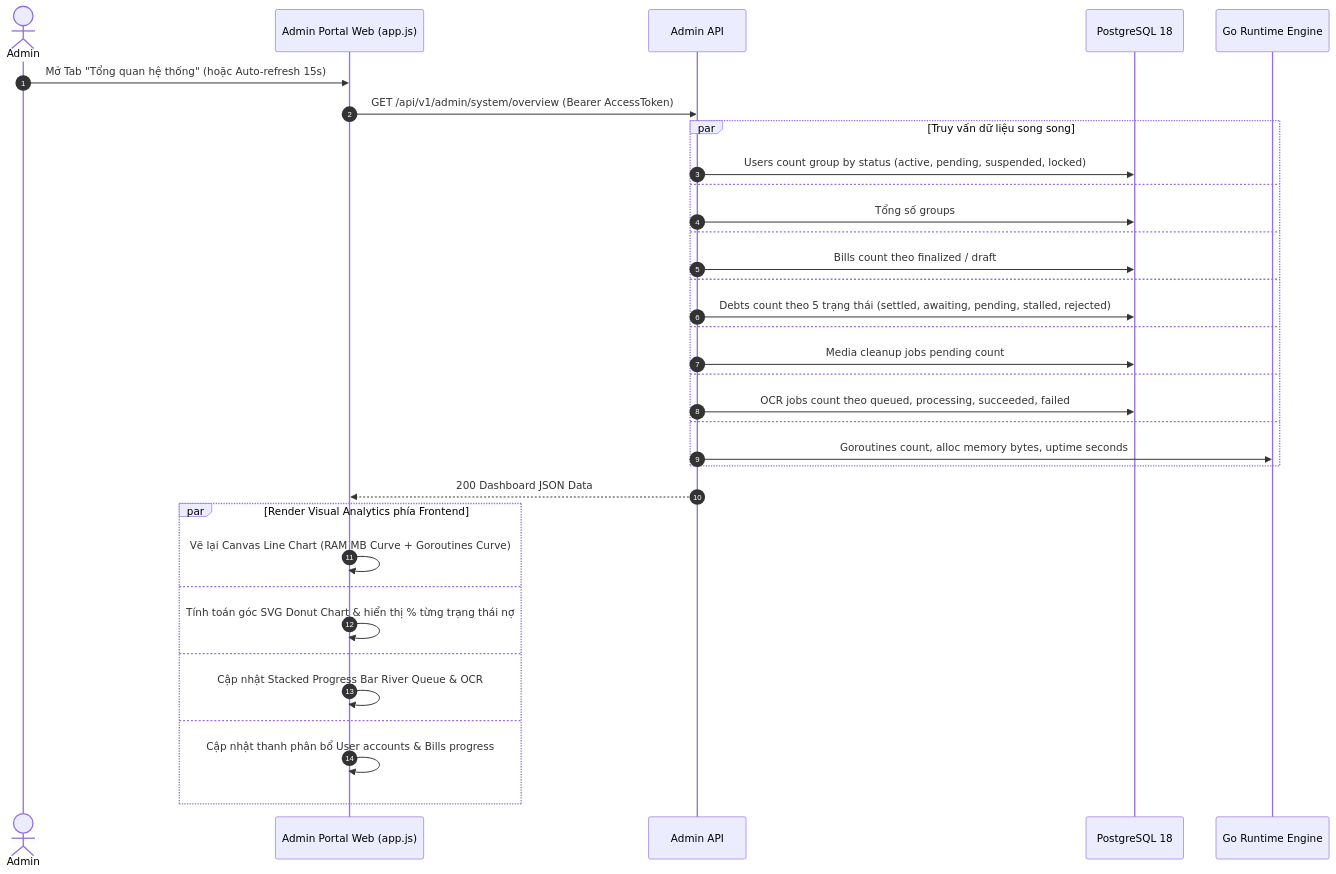
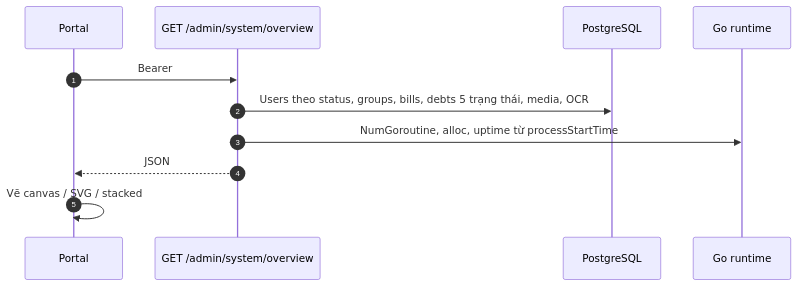
Before and after one commit to FintechVSF-Tranning/PaySplit-RP: the third of 5 diagrams in flow/06-admin.md, drawn with Mermaid. The commit also changed other lines of this file and 8 other files, not shown here.

````diff
--- a/flow/06-admin.md
+++ b/flow/06-admin.md
@@ -125,38 +120,14 @@
 ```mermaid
 sequenceDiagram
     autonumber
-    actor A as Admin
-    participant FE as Admin Portal Web (app.js)
-    participant BE as Admin API
-    participant DB as PostgreSQL 18
-    participant RT as Go Runtime Engine
+    participant FE as Portal
+    participant BE as GET /admin/system/overview
+    participant DB as PostgreSQL
+    participant RT as Go runtime
 
-    A->>FE: Mở Tab "Tổng quan hệ thống" (hoặc Auto-refresh 15s)
-    FE->>BE: GET /api/v1/admin/system/overview (Bearer AccessToken)
-    par Truy vấn dữ liệu song song
-        BE->>DB: Users count group by status (active, pending, suspended, locked)
-    and
-        BE->>DB: Tổng số groups
-    and
-        BE->>DB: Bills count theo finalized / draft
-    and
-        BE->>DB: Debts count theo 5 trạng thái (settled, awaiting, pending, stalled, rejected)
-    and
-        BE->>DB: Media cleanup jobs pending count
-    and
-        BE->>DB: OCR jobs count theo queued, processing, succeeded, failed
-    and
-        BE->>RT: Goroutines count, alloc memory bytes, uptime seconds
-    end
-    BE-->>FE: 200 Dashboard JSON Data
-
-    par Render Visual Analytics phía Frontend
-        FE->>FE: Vẽ lại Canvas Line Chart (RAM MB Curve + Goroutines Curve)
-    and
-        FE->>FE: Tính toán góc SVG Donut Chart & hiển thị % từng trạng thái nợ
-    and
-        FE->>FE: Cập nhật Stacked Progress Bar River Queue & OCR
-    and
-        FE->>FE: Cập nhật thanh phân bổ User accounts & Bills progress
-    end
+    FE->>BE: Bearer
+    BE->>DB: Users theo status, groups, bills, debts 5 trạng thái, media, OCR
+    BE->>RT: NumGoroutine, alloc, uptime từ processStartTime
+    BE-->>FE: JSON
+    FE->>FE: Vẽ canvas / SVG / stacked
 ```
````
